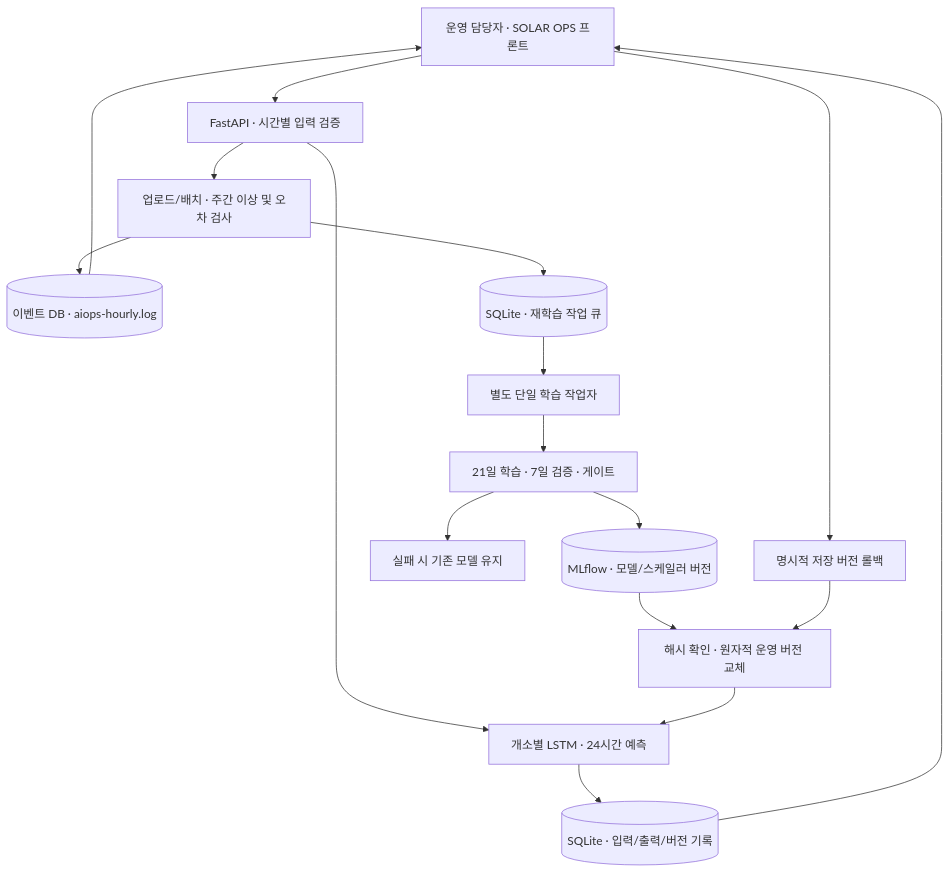
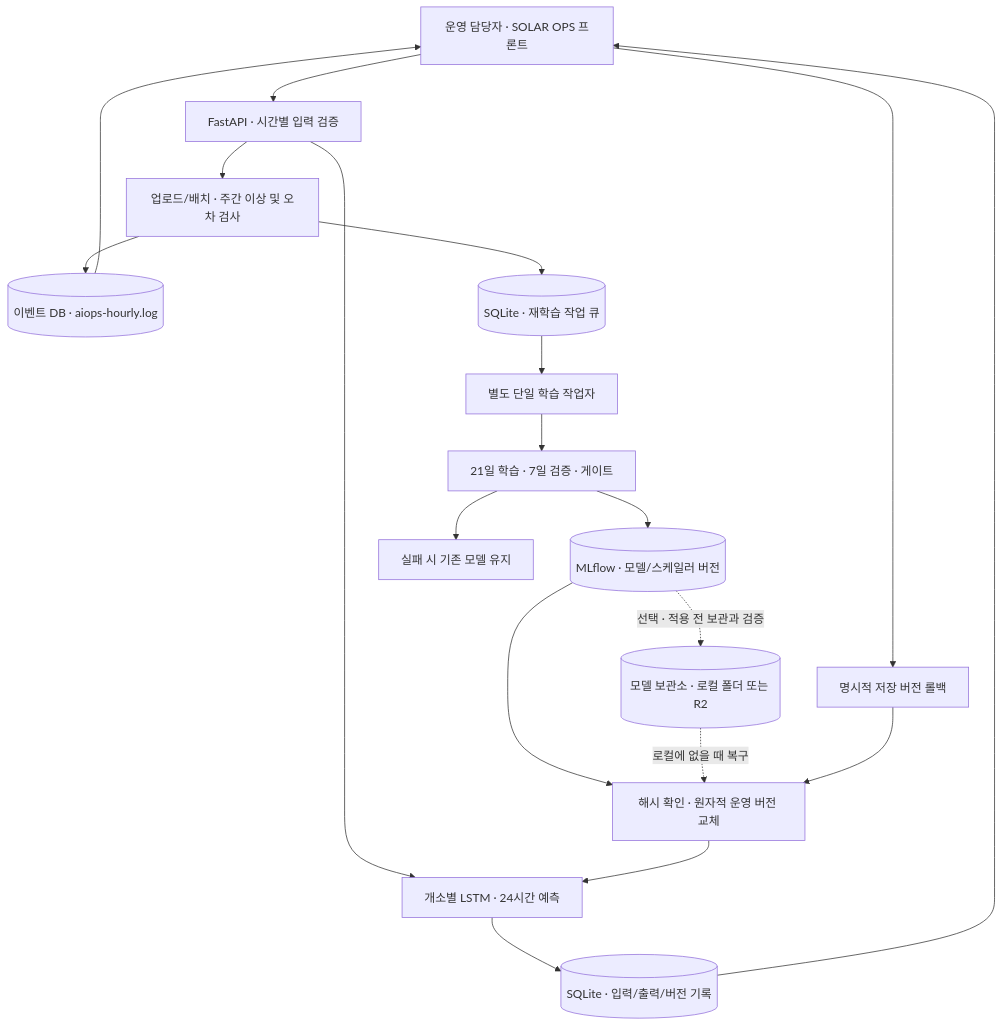
One commit to SKALA4th-team2/skala-solar-aiops changed the diagram in docs/proposal/4-architecture.md. Above: the diagram before and after it, drawn with Mermaid. The commit also changed other lines of this file and 15 other files, not shown here.

````diff
--- a/docs/proposal/4-architecture.md
+++ b/docs/proposal/4-architecture.md
@@ -9,19 +16,21 @@
 ```mermaid
 flowchart TD
     U["운영 담당자 · SOLAR OPS 프론트"] --> A["FastAPI · 시간별 입력 검증"]
     A --> P["개소별 LSTM · 24시간 예측"]
     P --> D[("SQLite · 입력/출력/버전 기록")]
     A --> M["업로드/배치 · 주간 이상 및 오차 검사"]
     M --> E[("이벤트 DB · aiops-hourly.log")]
     M --> Q[("SQLite · 재학습 작업 큐")]
     Q --> W["별도 단일 학습 작업자"]
     W --> G["21일 학습 · 7일 검증 · 게이트"]
     G --> R[("MLflow · 모델/스케일러 버전")]
     R --> C["해시 확인 · 원자적 운영 버전 교체"]
+    R -.->|"선택 · 적용 전 보관과 검증"| S[("모델 보관소 · 로컬 폴더 또는 R2")]
+    S -.->|"로컬에 없을 때 복구"| C
     C --> P
     G --> K["실패 시 기존 모델 유지"]
     U --> B["명시적 저장 버전 롤백"]
     B --> C
     E --> U
     D --> U
 ```
````
